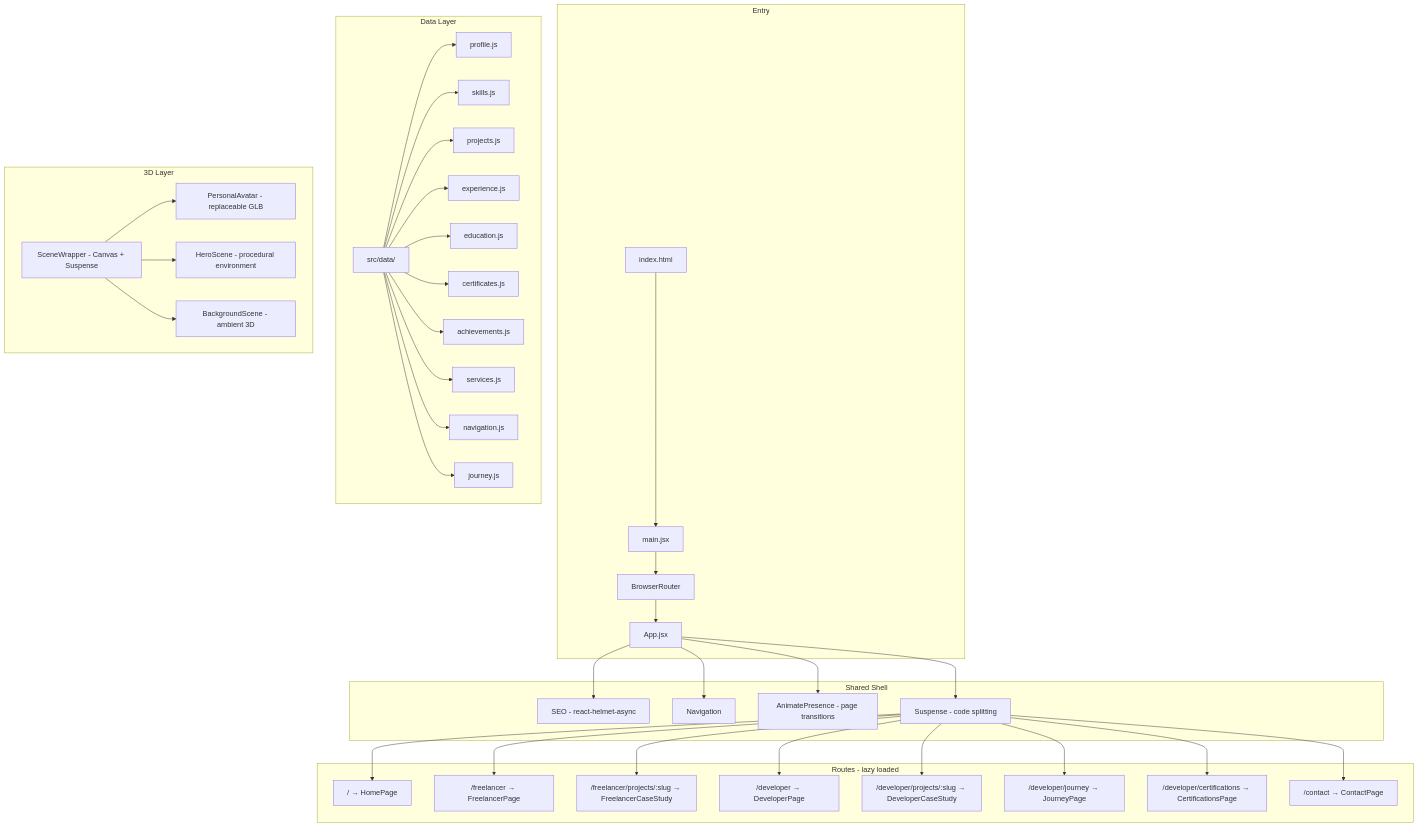
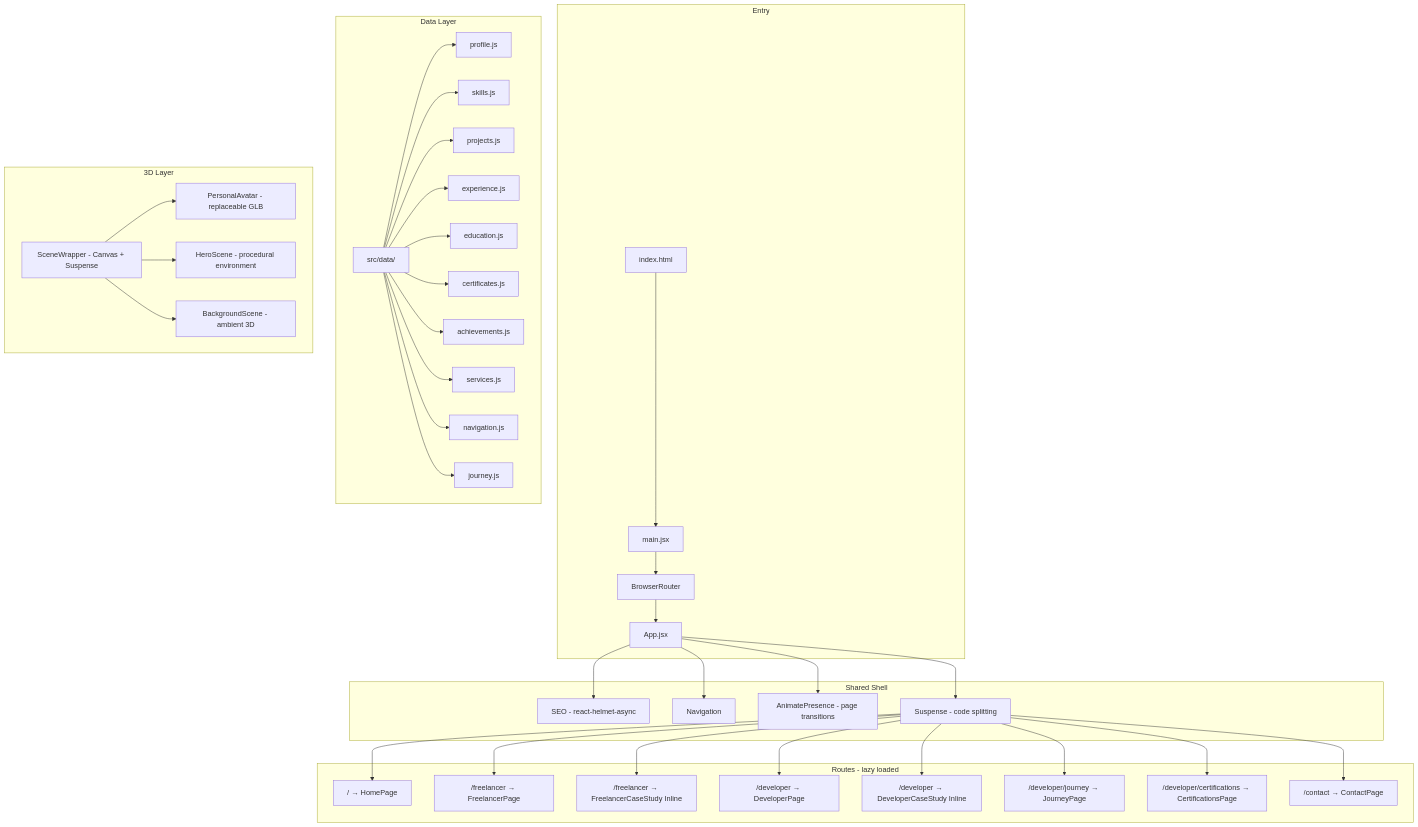
One commit to shivanshmishra54/Portfolio changed the second of 4 diagrams in docs/ARCHITECTURE.md. Above: the diagram before and after it, drawn with Mermaid. The commit also changed other lines of this file and 87 other files, not shown here.

````diff
--- a/docs/ARCHITECTURE.md
+++ b/docs/ARCHITECTURE.md
@@ -33,47 +33,47 @@
 ```mermaid
 graph TD
     subgraph "Entry"
         E1["index.html"] --> E2["main.jsx"]
         E2 --> E3["BrowserRouter"]
         E3 --> E4["App.jsx"]
     end
 
     subgraph "Shared Shell"
         E4 --> S1["SEO - react-helmet-async"]
         E4 --> S2["Navigation"]
         E4 --> S3["AnimatePresence - page transitions"]
         E4 --> S4["Suspense - code splitting"]
     end
 
     subgraph "Routes - lazy loaded"
         S4 --> R1["/ → HomePage"]
         S4 --> R2["/freelancer → FreelancerPage"]
-        S4 --> R3["/freelancer/projects/:slug → FreelancerCaseStudy"]
+        S4 --> R3["/freelancer → FreelancerCaseStudy Inline"]
         S4 --> R4["/developer → DeveloperPage"]
-        S4 --> R5["/developer/projects/:slug → DeveloperCaseStudy"]
+        S4 --> R5["/developer → DeveloperCaseStudy Inline"]
         S4 --> R6["/developer/journey → JourneyPage"]
         S4 --> R7["/developer/certifications → CertificationsPage"]
         S4 --> R8["/contact → ContactPage"]
     end
 
     subgraph "Data Layer"
         DL["src/data/"]
         DL --> D1["profile.js"]
         DL --> D2["skills.js"]
         DL --> D3["projects.js"]
         DL --> D4["experience.js"]
         DL --> D5["education.js"]
         DL --> D6["certificates.js"]
         DL --> D7["achievements.js"]
         DL --> D8["services.js"]
         DL --> D9["navigation.js"]
         DL --> D10["journey.js"]
     end
 
     subgraph "3D Layer"
         T1["SceneWrapper - Canvas + Suspense"]
         T1 --> T2["PersonalAvatar - replaceable GLB"]
         T1 --> T3["HeroScene - procedural environment"]
         T1 --> T4["BackgroundScene - ambient 3D"]
     end
 ```
````
